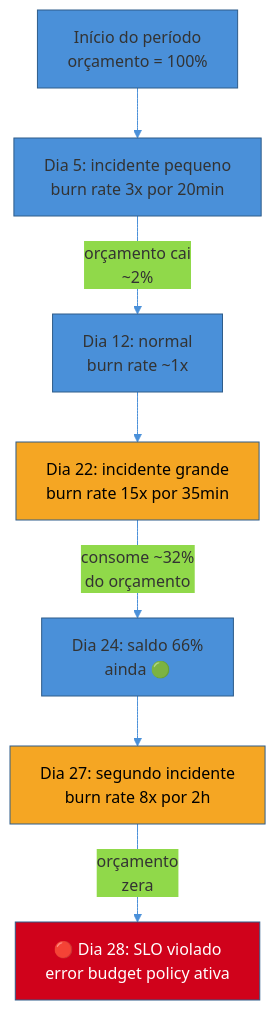
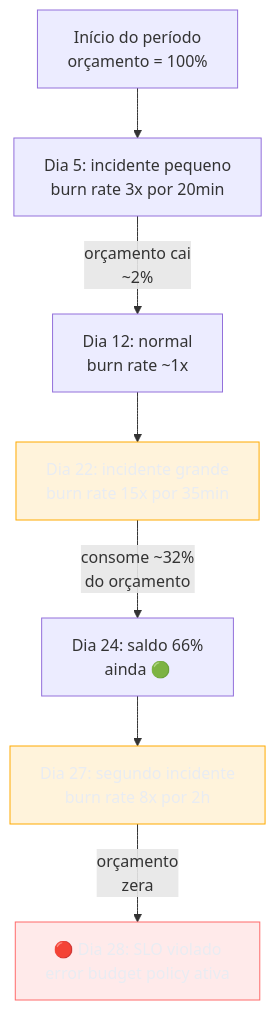
Before and after one commit to josenaldo/codex-technomanticus: the third of 4 diagrams in 03-Dominios/Engenharia/Operação/4 - Observar e responder/02 - SLI, SLO e error budgets.md, drawn with Mermaid. The commit also changed other lines of this file and 1181 other files, not shown here.

First line of the commit message:
fix(diagramas): paleta do sistema no lugar de cor cravada no markdown

````diff
--- a/03-Dominios/Engenharia/Operação/4 - Observar e responder/02 - SLI, SLO e error budgets.md
+++ b/03-Dominios/Engenharia/Operação/4 - Observar e responder/02 - SLI, SLO e error budgets.md
@@ -188,13 +187,14 @@
 ```mermaid
-%%{init: {"theme": "base", "themeVariables": {"primaryColor": "#4A90D9", "primaryBorderColor": "#2E5C8A", "lineColor": "#4A90D9"}}}%%
 graph TD
+    classDef destaque fill:#FFAA0024,stroke:#FFAA00,color:#E9ECF2
+    classDef falha fill:#FF6B6B24,stroke:#FF6B6B,color:#E9ECF2
     START["Início do período<br/>orçamento = 100%"] --> D1["Dia 5: incidente pequeno<br/>burn rate 3x por 20min"]
     D1 -->|"orçamento cai<br/>~2%"| D2["Dia 12: normal<br/>burn rate ~1x"]
     D2 --> D3["Dia 22: incidente grande<br/>burn rate 15x por 35min"]
     D3 -->|"consome ~32%<br/>do orçamento"| D4["Dia 24: saldo 66%<br/>ainda 🟢"]
     D4 --> D5["Dia 27: segundo incidente<br/>burn rate 8x por 2h"]
     D5 -->|"orçamento<br/>zera"| RED["🔴 Dia 28: SLO violado<br/>error budget policy ativa"]
-    style D3 fill:#F5A623,color:#000
-    style D5 fill:#F5A623,color:#000
-    style RED fill:#D0021B,color:#fff
+    class D3 destaque
+    class D5 destaque
+    class RED falha
 ```
````
